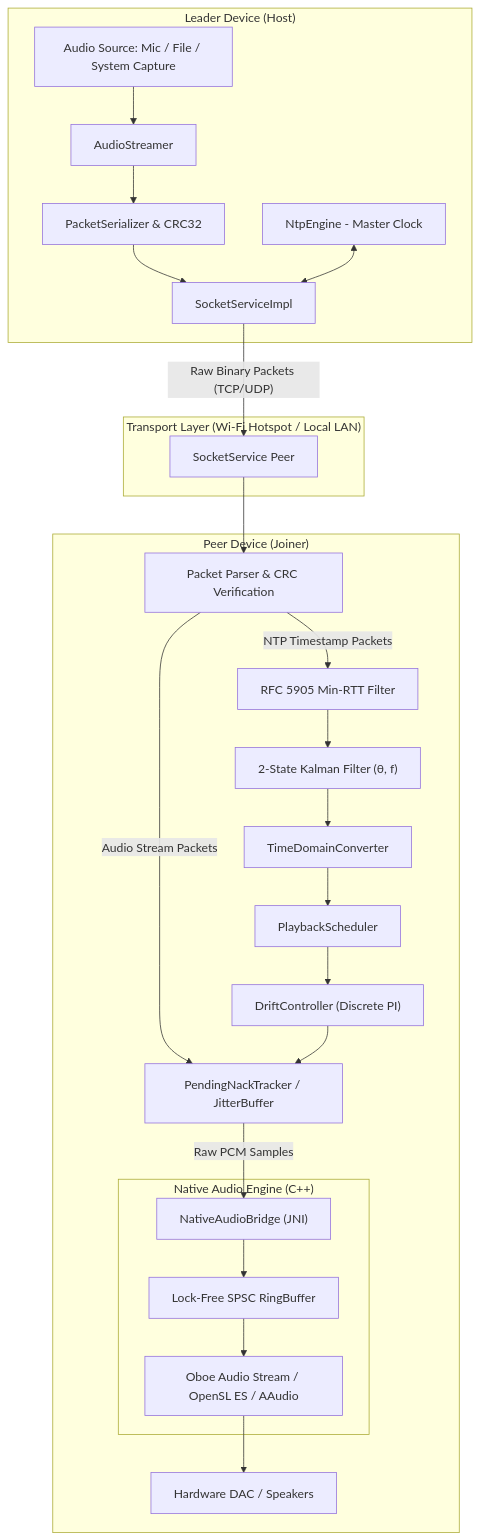
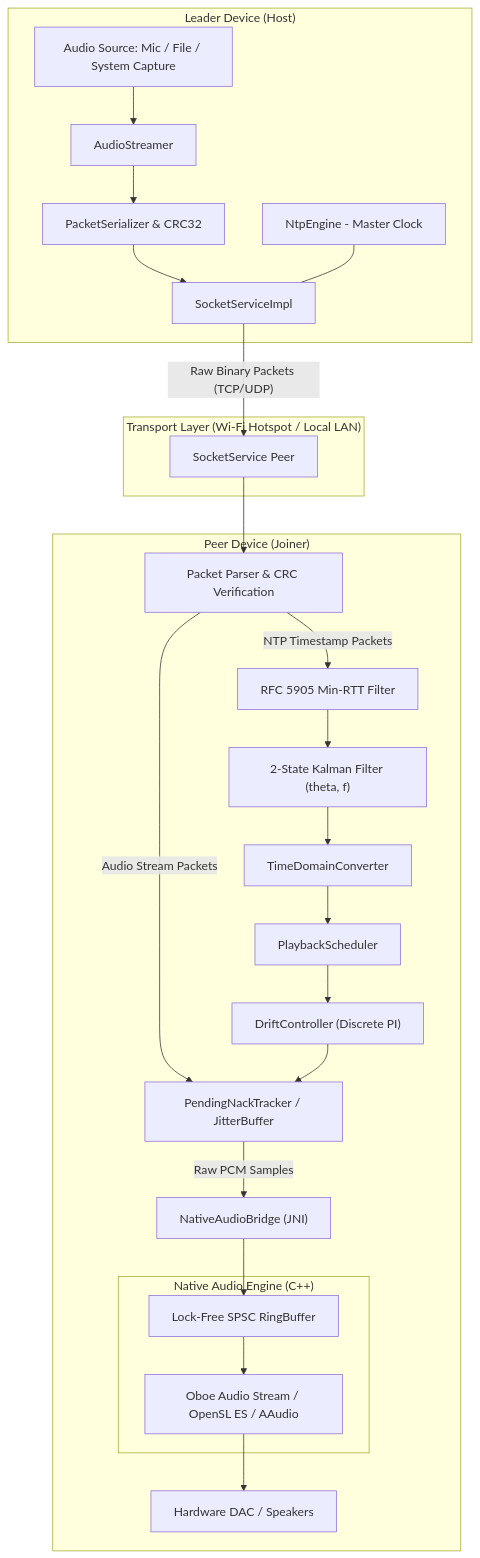
The diagram in README.md (developerakshat12/SyncItBaby), drawn with Mermaid before and after one commit.

Commit message:
Some more fixes to the flowchart Github is way strict with mermaid it seems

````diff
--- a/README.md
+++ b/README.md
@@ -80,32 +80,45 @@
 ```mermaid
 flowchart TD
-    subgraph Leader ["Leader Device (Host)"]
+    subgraph Leader["Leader Device (Host)"]
         A["Audio Source: Mic / File / System Capture"] --> B["AudioStreamer"]
-        B --> C["PacketSerializer & CRC32"]
+        B --> C["PacketSerializer &amp; CRC32"]
         C --> D["SocketServiceImpl"]
-        E["NtpEngine - Master Clock"] <--> D
+        E["NtpEngine - Master Clock"] --- D
     end
 
-    subgraph Transport ["Transport Layer (Wi-Fi Hotspot / Local LAN)"]
-        D -->|"Raw Binary Packets (TCP/UDP)"| F["SocketService Peer"]
+    subgraph Transport["Transport Layer (Wi-Fi Hotspot / Local LAN)"]
+        F["SocketService Peer"]
     end
 
-    subgraph Peer ["Peer Device (Joiner)"]
-        F --> G["Packet Parser & CRC Verification"]
-        G -->|"NTP Timestamp Packets"| H["RFC 5905 Min-RTT Filter"]
-        H --> I["2-State Kalman Filter (θ, f)"]
-        I --> J["TimeDomainConverter"]
+    subgraph Peer["Peer Device (Joiner)"]
+        G["Packet Parser &amp; CRC Verification"]
+        H["RFC 5905 Min-RTT Filter"]
+        I["2-State Kalman Filter (theta, f)"]
+        J["TimeDomainConverter"]
+        K["PendingNackTracker / JitterBuffer"]
+        L["PlaybackScheduler"]
+        M["DriftController (Discrete PI)"]
+        N["NativeAudioBridge (JNI)"]
+        Q["Hardware DAC / Speakers"]
 
-        G -->|"Audio Stream Packets"| K["PendingNackTracker / JitterBuffer"]
-        J --> L["PlaybackScheduler"]
-        L --> M["DriftController (Discrete PI)"]
+        subgraph NativeAudioEngine["Native Audio Engine (C++)"]
+            O["Lock-Free SPSC RingBuffer"]
+            P["Oboe Audio Stream / OpenSL ES / AAudio"]
+        end
+
+        G -->|"NTP Timestamp Packets"| H
+        H --> I
+        I --> J
+        G -->|"Audio Stream Packets"| K
+        J --> L
+        L --> M
         M --> K
+        K -->|"Raw PCM Samples"| N
+        N --> O
+        O --> P
+        P --> Q
+    end
 
-        K -->|"Raw PCM Samples"| N["NativeAudioBridge (JNI)"]
-        subgraph NativeAudioEngine ["Native Audio Engine (C++)"]
-            N --> O["Lock-Free SPSC RingBuffer"]
-            O --> P["Oboe Audio Stream / OpenSL ES / AAudio"]
-        end
-        P --> Q["Hardware DAC / Speakers"]
-    end
+    D -->|"Raw Binary Packets (TCP/UDP)"| F
+    F --> G
 ```
````
